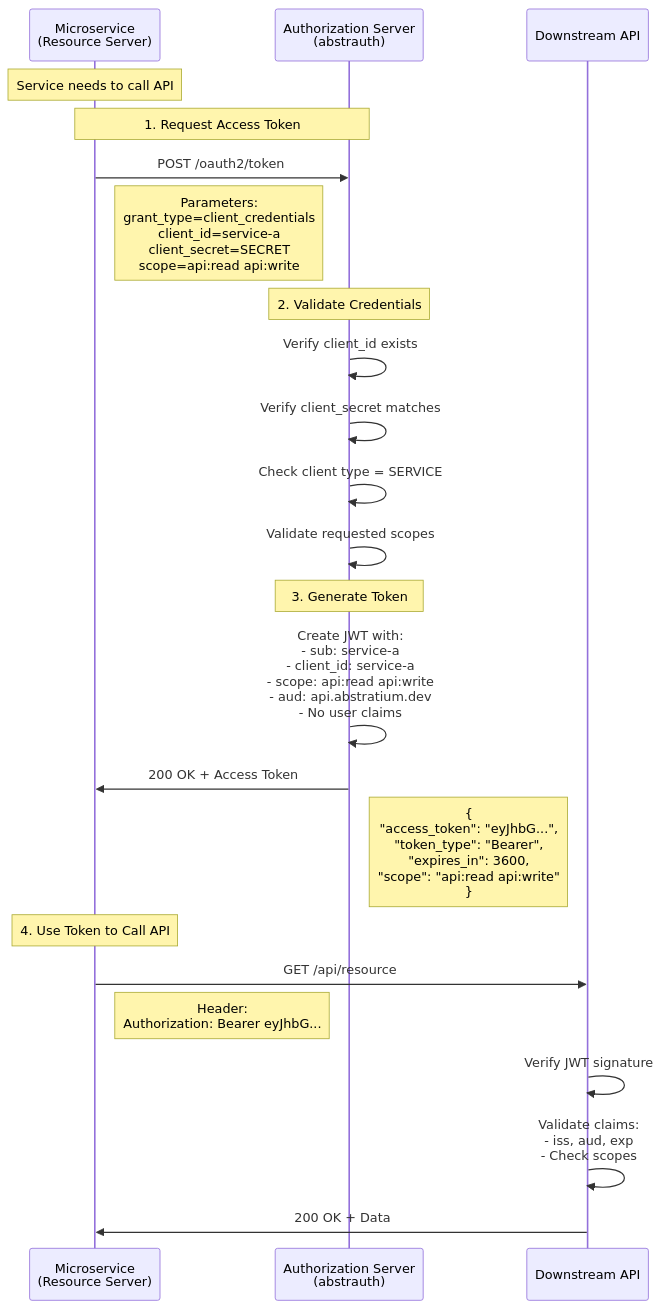
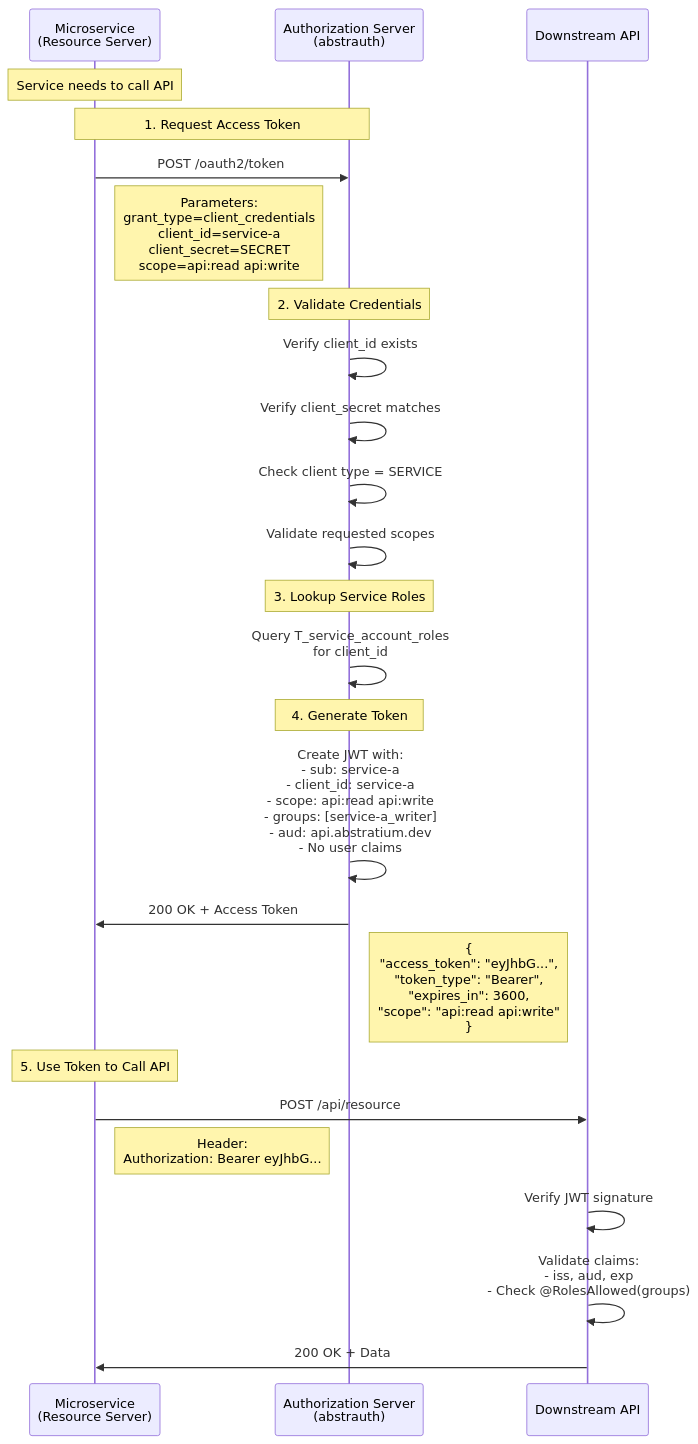
One commit to abstratium-dev/abstrauth changed the diagram in docs/ephemeral-and-volatile-and-temporary-but-interesting/SERVICE_TO_SERVICE_AUTH.md. Above: the diagram before and after it, drawn with Mermaid. The commit also changed other lines of this file and 14 other files, not shown here.

Commit message:
working on client_credentials flow

````diff
--- a/docs/ephemeral-and-volatile-and-temporary-but-interesting/SERVICE_TO_SERVICE_AUTH.md
+++ b/docs/ephemeral-and-volatile-and-temporary-but-interesting/SERVICE_TO_SERVICE_AUTH.md
@@ -37,32 +61,35 @@
 ```mermaid
 sequenceDiagram
     participant Service as Microservice<br/>(Resource Server)
     participant AuthServer as Authorization Server<br/>(abstrauth)
     participant DownstreamAPI as Downstream API
 
     Note over Service: Service needs to call API
     
     Note over Service,AuthServer: 1. Request Access Token
     Service->>AuthServer: POST /oauth2/token
     Note right of Service: Parameters:<br/>grant_type=client_credentials<br/>client_id=service-a<br/>client_secret=SECRET<br/>scope=api:read api:write
     
     Note over AuthServer: 2. Validate Credentials
     AuthServer->>AuthServer: Verify client_id exists
     AuthServer->>AuthServer: Verify client_secret matches
     AuthServer->>AuthServer: Check client type = SERVICE
     AuthServer->>AuthServer: Validate requested scopes
     
-    Note over AuthServer: 3. Generate Token
-    AuthServer->>AuthServer: Create JWT with:<br/>- sub: service-a<br/>- client_id: service-a<br/>- scope: api:read api:write<br/>- aud: api.abstratium.dev<br/>- No user claims
+    Note over AuthServer: 3. Lookup Service Roles
+    AuthServer->>AuthServer: Query T_service_account_roles<br/>for client_id
+    
+    Note over AuthServer: 4. Generate Token
+    AuthServer->>AuthServer: Create JWT with:<br/>- sub: service-a<br/>- client_id: service-a<br/>- scope: api:read api:write<br/>- groups: [service-a_writer]<br/>- aud: api.abstratium.dev<br/>- No user claims
     
     AuthServer->>Service: 200 OK + Access Token
     Note right of AuthServer: {<br/>  "access_token": "eyJhbG...",<br/>  "token_type": "Bearer",<br/>  "expires_in": 3600,<br/>  "scope": "api:read api:write"<br/>}
     
-    Note over Service: 4. Use Token to Call API
-    Service->>DownstreamAPI: GET /api/resource
+    Note over Service: 5. Use Token to Call API
+    Service->>DownstreamAPI: POST /api/resource
     Note right of Service: Header:<br/>Authorization: Bearer eyJhbG...
     
     DownstreamAPI->>DownstreamAPI: Verify JWT signature
-    DownstreamAPI->>DownstreamAPI: Validate claims:<br/>- iss, aud, exp<br/>- Check scopes
+    DownstreamAPI->>DownstreamAPI: Validate claims:<br/>- iss, aud, exp<br/>- Check @RolesAllowed(groups)
     DownstreamAPI->>Service: 200 OK + Data
 ```
````
